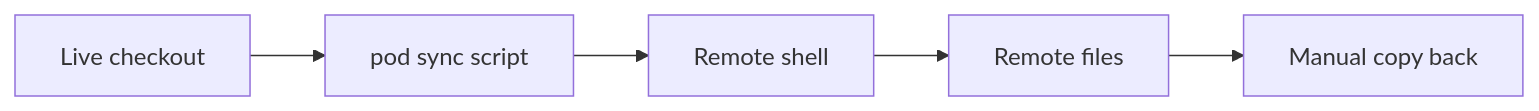
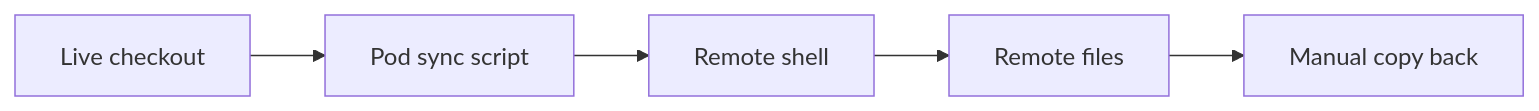
Before and after one commit to ethanelasky/debate: the third of 8 diagrams in docs/job_scheduler.md, drawn with Mermaid. The commit also changed other lines of this file and 2 other files, not shown here.

````diff
--- a/docs/job_scheduler.md
+++ b/docs/job_scheduler.md
@@ -203,7 +206,7 @@
 ```mermaid
 flowchart LR
-    W[Live checkout] --> Y[pod sync script]
+    W[Live checkout] --> Y[Pod sync script]
     Y --> H[Remote shell]
     H --> F[Remote files]
     F --> O[Manual copy back]
 ```
````
